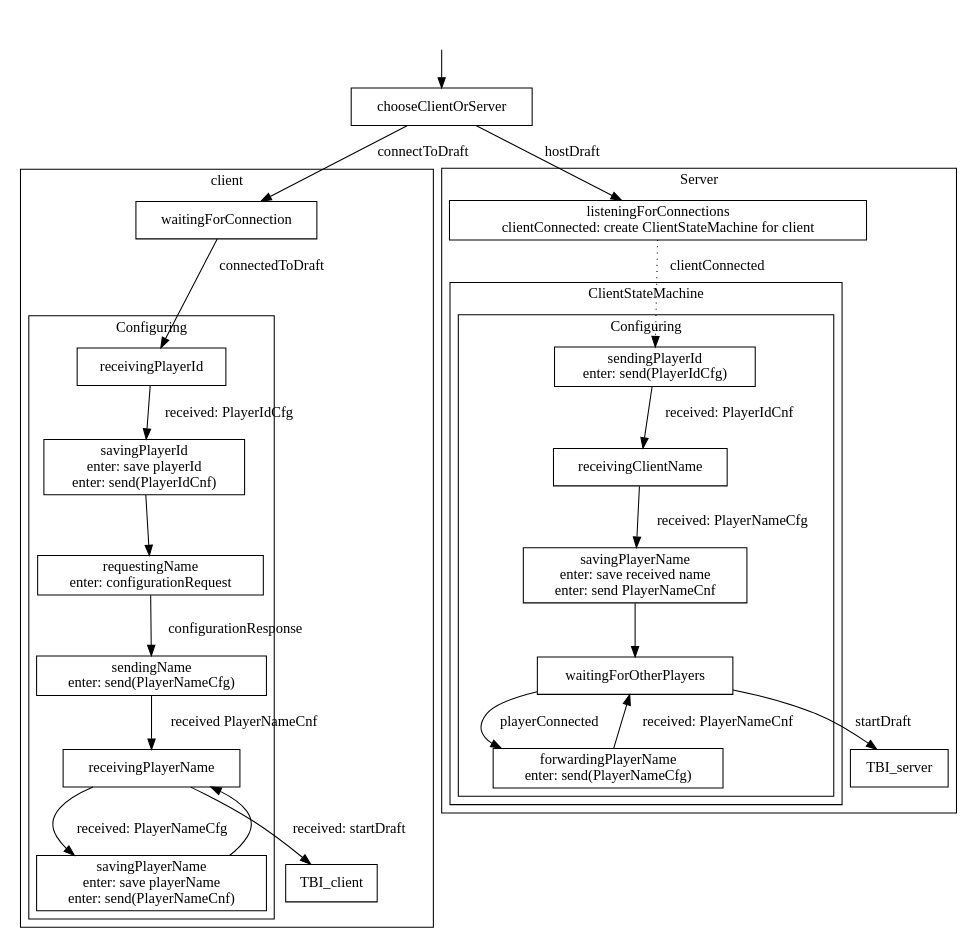
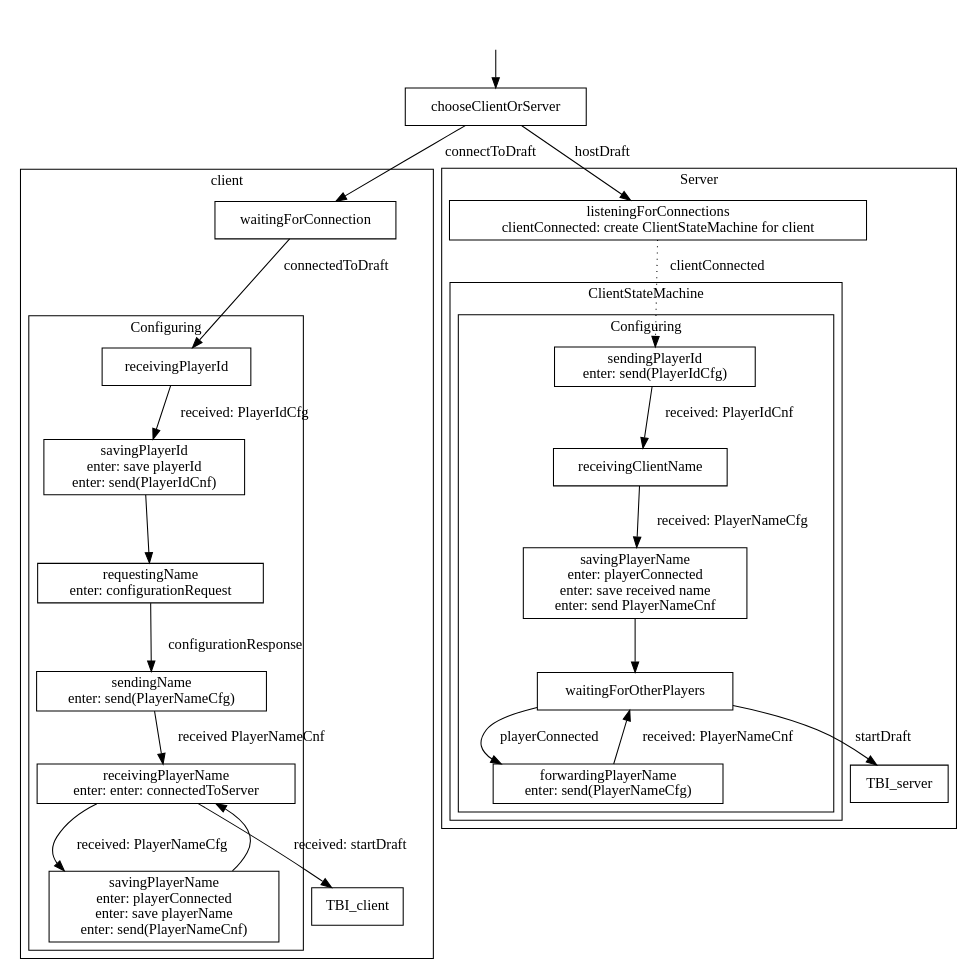
Before and after one commit to elchtzeasar/draft: the diagram in state/graph.dot, drawn with Graphviz. The commit also changed 12 other files, not shown here.

Commit message:
Added notification when a player is connected.

```diff
--- a/state/graph.dot
+++ b/state/graph.dot
@@ -1,59 +1,60 @@
 digraph G {
   node [shape=box];
 
   subgraph cluster1 {
     label = "client";
 
     subgraph cluster11 {
       label = "Configuring";
 
       savingPlayerId [label = "savingPlayerId\nenter: save playerId\nenter: send(PlayerIdCnf)"];
       requestingName_client [label = "requestingName\nenter: configurationRequest"];
       sendingName_client [label = "sendingName\nenter: send(PlayerNameCfg)"];
-      savingPlayerName_client [label = "savingPlayerName\nenter: save playerName\nenter: send(PlayerNameCnf)"];
+      receivingPlayerName [label = "receivingPlayerName\nenter: enter: connectedToServer"];
+      savingPlayerName_client [label = "savingPlayerName\nenter: playerConnected\nenter: save playerName\nenter: send(PlayerNameCnf)"];
 
       receivingPlayerId -> savingPlayerId [label = "received: PlayerIdCfg"];
       savingPlayerId -> requestingName_client;
       requestingName_client -> sendingName_client [label = "configurationResponse"];
       sendingName_client -> receivingPlayerName [label = "received PlayerNameCnf"];
       receivingPlayerName -> savingPlayerName_client [label = "received: PlayerNameCfg"];
       savingPlayerName_client -> receivingPlayerName;
     }
 
     receivingPlayerName -> TBI_client [label = "received: startDraft"];
     waitingForConnection -> receivingPlayerId [label = "connectedToDraft"];
   }
 
   subgraph cluster2 {
     label = "Server";
 
     listeningForConnections [label = "listeningForConnections\nclientConnected: create ClientStateMachine for client"];
 
     subgraph cluster21 {
       label = "ClientStateMachine";
   
       subgraph cluster211 {
         label = "Configuring";
 
 	sendingPlayerId [label = "sendingPlayerId\nenter: send(PlayerIdCfg)"];
- 	savingPlayerName_server [label = "savingPlayerName\nenter: save received name\nenter: send PlayerNameCnf"];
+ 	savingPlayerName_server [label = "savingPlayerName\nenter: playerConnected\nenter: save received name\nenter: send PlayerNameCnf"];
 	waitingForOtherPlayers;
  	forwardingPlayerName [label = "forwardingPlayerName\nenter: send(PlayerNameCfg)"];
 
 	sendingPlayerId -> receivingClientName [label = "received: PlayerIdCnf"];
 	receivingClientName -> savingPlayerName_server [label = "received: PlayerNameCfg"];
 	savingPlayerName_server -> waitingForOtherPlayers;
 	waitingForOtherPlayers -> forwardingPlayerName [label = "playerConnected"];
 	forwardingPlayerName -> waitingForOtherPlayers [label = "received: PlayerNameCnf"];
       }
     } 
 
     listeningForConnections -> sendingPlayerId [style=dotted, label = "clientConnected"];
     waitingForOtherPlayers -> TBI_server [label = "startDraft"];
   }
 
   null [shape = plaintext label=""];
   null -> chooseClientOrServer;
   chooseClientOrServer -> waitingForConnection [label = "connectToDraft"];
   chooseClientOrServer -> listeningForConnections [label = "hostDraft"];
 }
```
